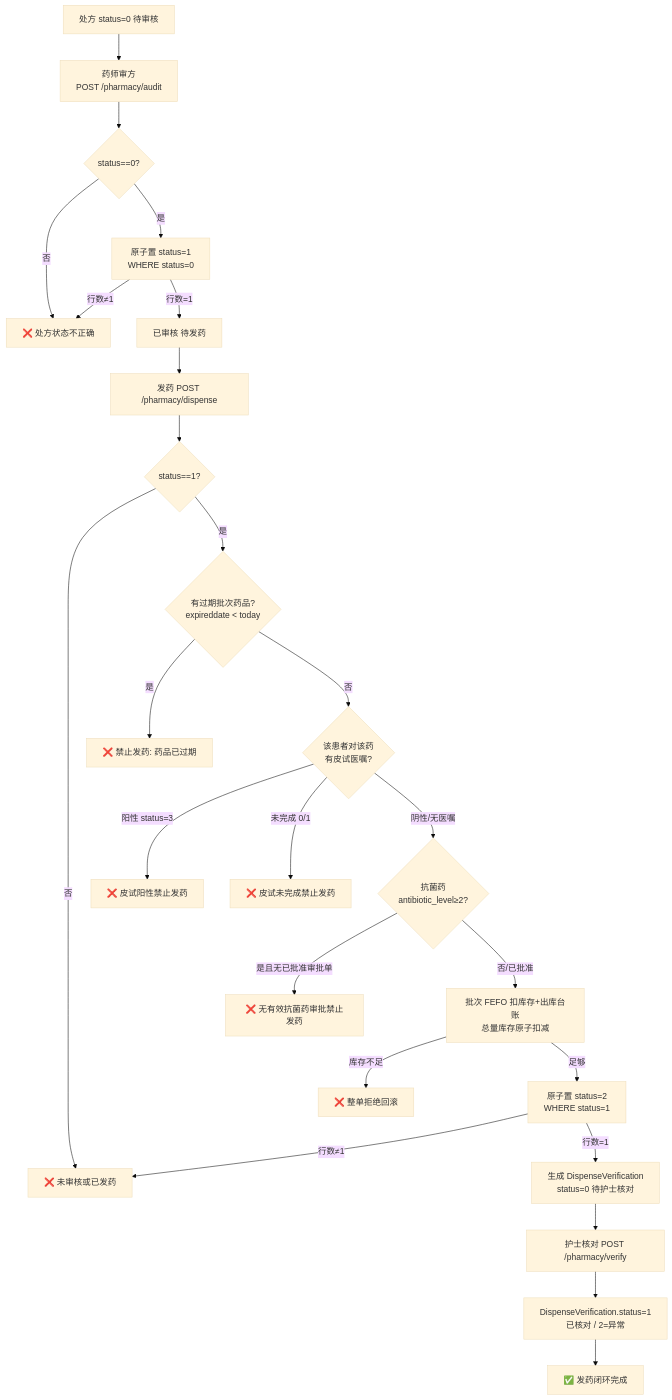
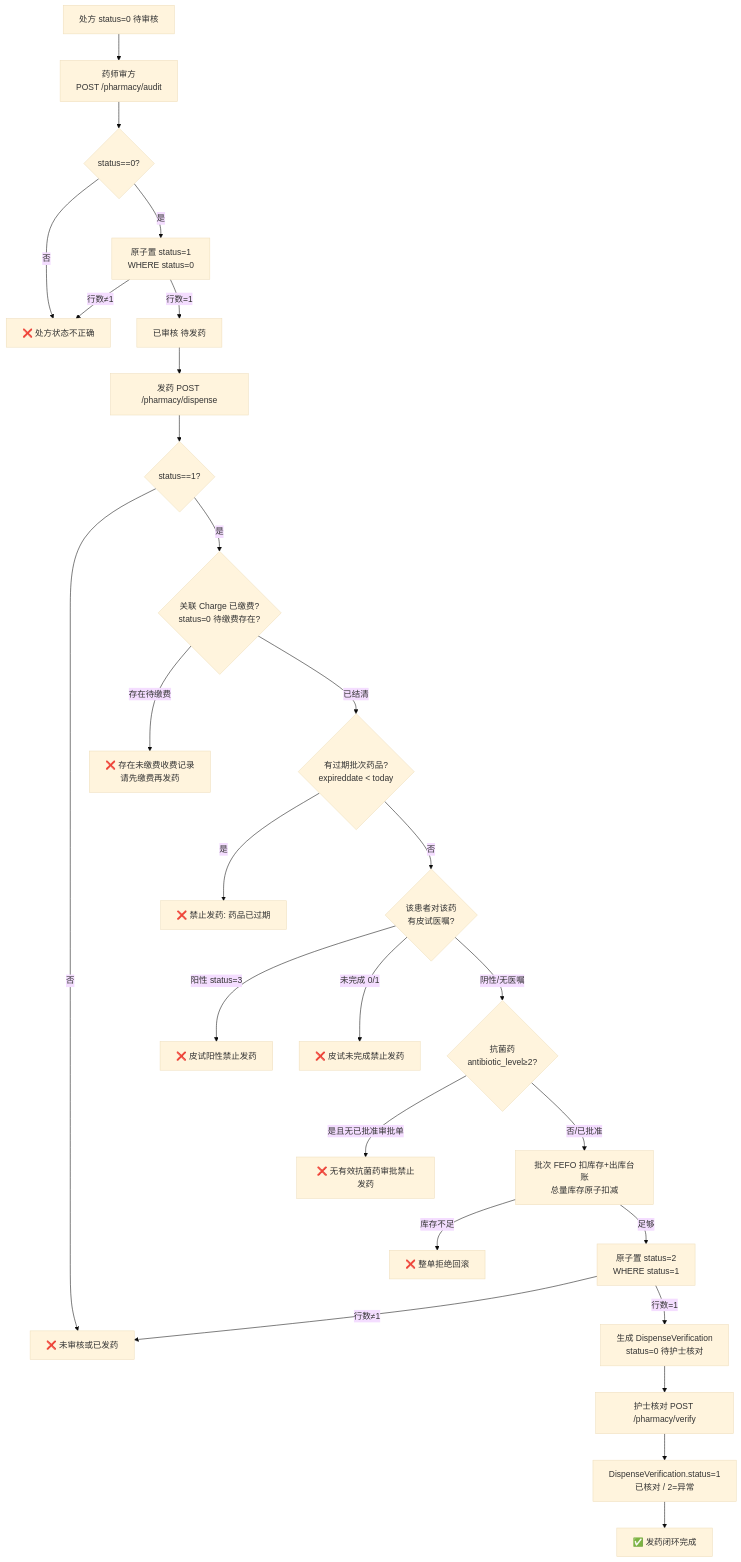
The second of 9 diagrams in doc/flowcharts/02-药品药房.md (Palpitate-xus/hoimsystem), drawn with Mermaid (base theme) before and after one commit. The commit also changed other lines of this file and 9 other files, not shown here.

````diff
--- a/doc/flowcharts/02-药品药房.md
+++ b/doc/flowcharts/02-药品药房.md
@@ -36,27 +36,29 @@
 ```mermaid
 flowchart TD
     A[处方 status=0 待审核] --> B[药师审方<br/>POST /pharmacy/audit]
     B --> C{status==0?}
     C -- 否 --> D[❌ 处方状态不正确]
     C -- 是 --> E[原子置 status=1<br/>WHERE status=0]
     E -- 行数≠1 --> D
     E -- 行数=1 --> F[已审核 待发药]
     F --> G[发药 POST /pharmacy/dispense]
     G --> H{status==1?}
     H -- 否 --> I[❌ 未审核或已发药]
-    H -- 是 --> J{有过期批次药品?<br/>expireddate < today}
+    H -- 是 --> H2{关联 Charge 已缴费?<br/>status=0 待缴费存在?}
+    H2 -- 存在待缴费 --> I2[❌ 存在未缴费收费记录<br/>请先缴费再发药]
+    H2 -- 已结清 --> J{有过期批次药品?<br/>expireddate < today}
     J -- 是 --> K[❌ 禁止发药: 药品已过期]
     J -- 否 --> J2{该患者对该药<br/>有皮试医嘱?}
     J2 -- 阳性 status=3 --> K2[❌ 皮试阳性禁止发药]
     J2 -- 未完成 0/1 --> K3[❌ 皮试未完成禁止发药]
     J2 -- 阴性/无医嘱 --> J3{抗菌药<br/>antibiotic_level≥2?}
     J3 -- 是且无已批准审批单 --> K4[❌ 无有效抗菌药审批禁止发药]
     J3 -- 否/已批准 --> L[批次 FEFO 扣库存+出库台账<br/>总量库存原子扣减]
     L -- 库存不足 --> K5[❌ 整单拒绝回滚]
     L -- 足够 --> L2[原子置 status=2<br/>WHERE status=1]
     L2 -- 行数≠1 --> I
     L2 -- 行数=1 --> M[生成 DispenseVerification<br/>status=0 待护士核对]
     M --> N[护士核对 POST /pharmacy/verify]
     N --> O[DispenseVerification.status=1<br/>已核对 / 2=异常]
     O --> P[✅ 发药闭环完成]
 ```
````
